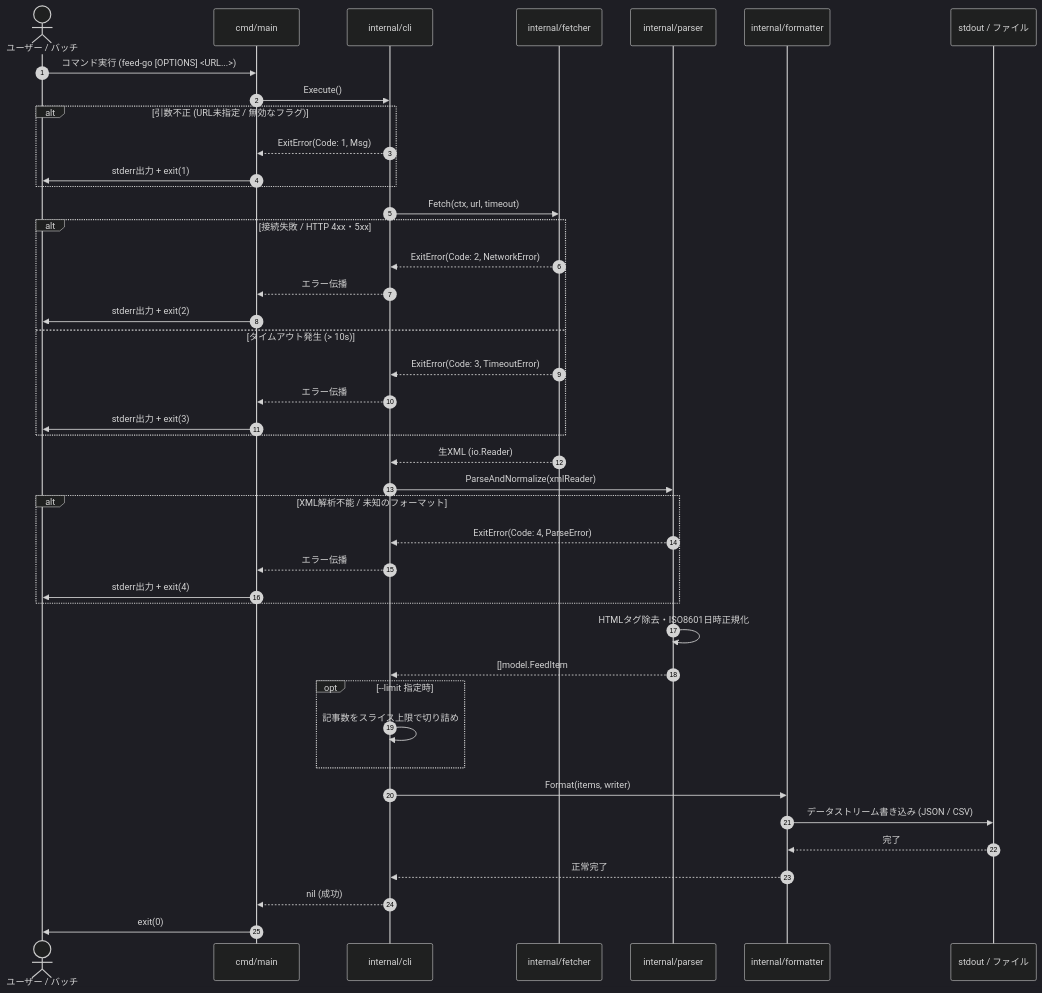
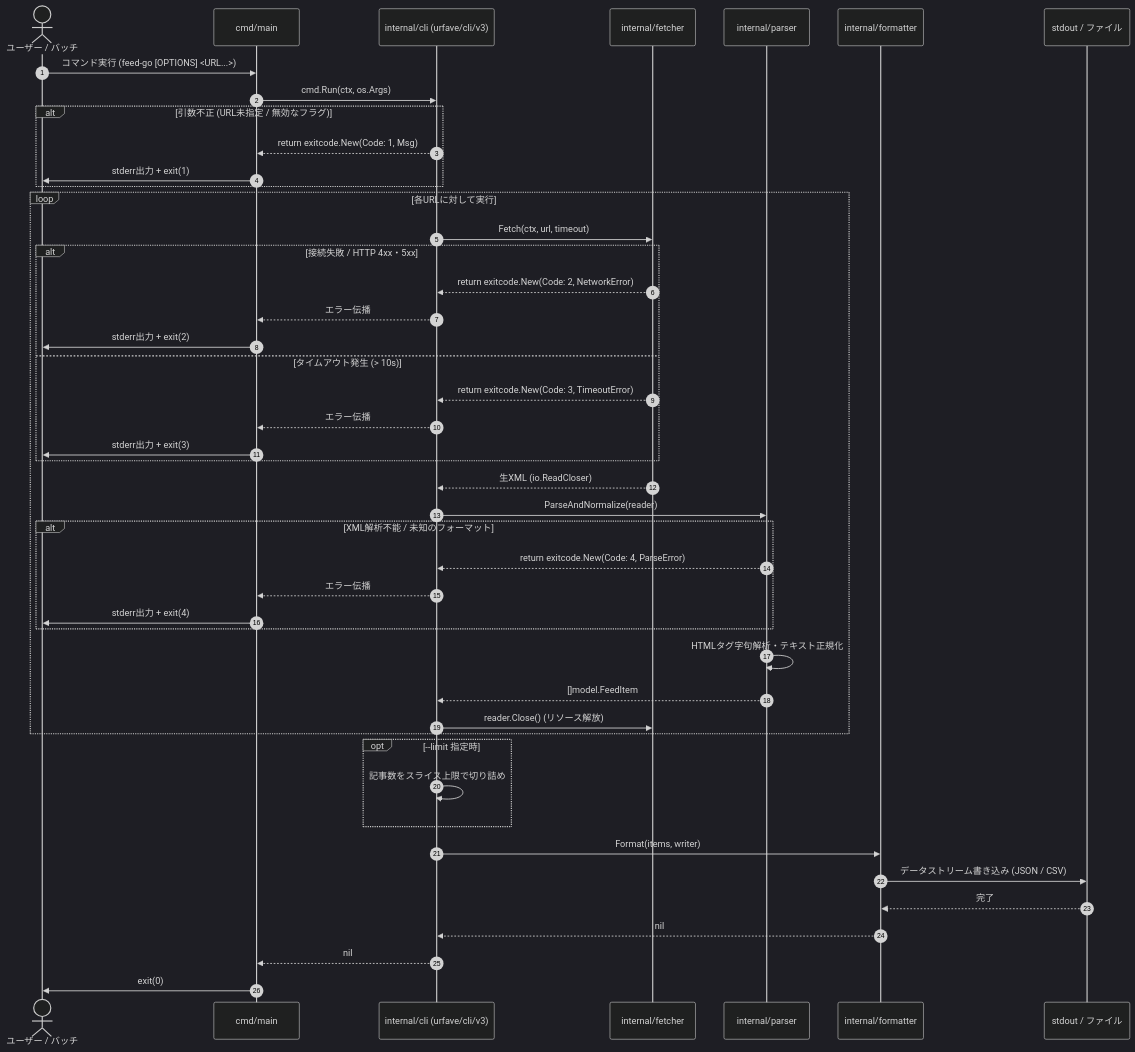
The third of 5 diagrams in docs/system-architecture.md (tomo-noma/feed-go), drawn with Mermaid (dark theme) before and after one commit. The commit also changed other lines of this file and 2 other files, not shown here.

````diff
--- a/docs/system-architecture.md
+++ b/docs/system-architecture.md
@@ -136,54 +142,57 @@
 ```mermaid
 sequenceDiagram
     autonumber
     actor User as ユーザー / バッチ
     participant Main as cmd/main
-    participant CLI as internal/cli
+    participant CLI as internal/cli (urfave/cli/v3)
     participant Fetcher as internal/fetcher
     participant Parser as internal/parser
     participant Formatter as internal/formatter
     participant Target as stdout / ファイル
 
     User->>Main: コマンド実行 (feed-go [OPTIONS] <URL...>)
-    Main->>CLI: Execute()
+    Main->>CLI: cmd.Run(ctx, os.Args)
     
     alt 引数不正 (URL未指定 / 無効なフラグ)
-        CLI-->>Main: ExitError(Code: 1, Msg)
+        CLI-->>Main: return exitcode.New(Code: 1, Msg)
         Main->>User: stderr出力 + exit(1)
     end
 
-    CLI->>Fetcher: Fetch(ctx, url, timeout)
-    
-    alt 接続失敗 / HTTP 4xx・5xx
-        Fetcher-->>CLI: ExitError(Code: 2, NetworkError)
-        CLI-->>Main: エラー伝播
-        Main->>User: stderr出力 + exit(2)
-    else タイムアウト発生 (> 10s)
-        Fetcher-->>CLI: ExitError(Code: 3, TimeoutError)
-        CLI-->>Main: エラー伝播
-        Main->>User: stderr出力 + exit(3)
+    loop 各URLに対して実行
+        CLI->>Fetcher: Fetch(ctx, url, timeout)
+        
+        alt 接続失敗 / HTTP 4xx・5xx
+            Fetcher-->>CLI: return exitcode.New(Code: 2, NetworkError)
+            CLI-->>Main: エラー伝播
+            Main->>User: stderr出力 + exit(2)
+        else タイムアウト発生 (> 10s)
+            Fetcher-->>CLI: return exitcode.New(Code: 3, TimeoutError)
+            CLI-->>Main: エラー伝播
+            Main->>User: stderr出力 + exit(3)
+        end
+
+        Fetcher-->>CLI: 生XML (io.ReadCloser)
+        CLI->>Parser: ParseAndNormalize(reader)
+        
+        alt XML解析不能 / 未知のフォーマット
+            Parser-->>CLI: return exitcode.New(Code: 4, ParseError)
+            CLI-->>Main: エラー伝播
+            Main->>User: stderr出力 + exit(4)
+        end
+
+        Parser->>Parser: HTMLタグ字句解析・テキスト正規化
+        Parser-->>CLI: []model.FeedItem
+        CLI->>Fetcher: reader.Close() (リソース解放)
     end
-
-    Fetcher-->>CLI: 生XML (io.Reader)
-    CLI->>Parser: ParseAndNormalize(xmlReader)
-
-    alt XML解析不能 / 未知のフォーマット
-        Parser-->>CLI: ExitError(Code: 4, ParseError)
-        CLI-->>Main: エラー伝播
-        Main->>User: stderr出力 + exit(4)
-    end
-
-    Parser->>Parser: HTMLタグ除去・ISO8601日時正規化
-    Parser-->>CLI: []model.FeedItem
 
     opt --limit 指定時
         CLI->>CLI: 記事数をスライス上限で切り詰め
     end
 
     CLI->>Formatter: Format(items, writer)
     Formatter->>Target: データストリーム書き込み (JSON / CSV)
     Target-->>Formatter: 完了
-    Formatter-->>CLI: 正常完了
-    CLI-->>Main: nil (成功)
+    Formatter-->>CLI: nil
+    CLI-->>Main: nil
     Main->>User: exit(0)
 ```
````
